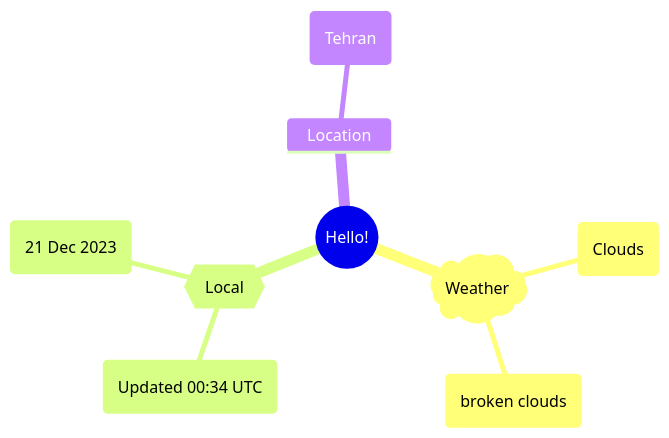
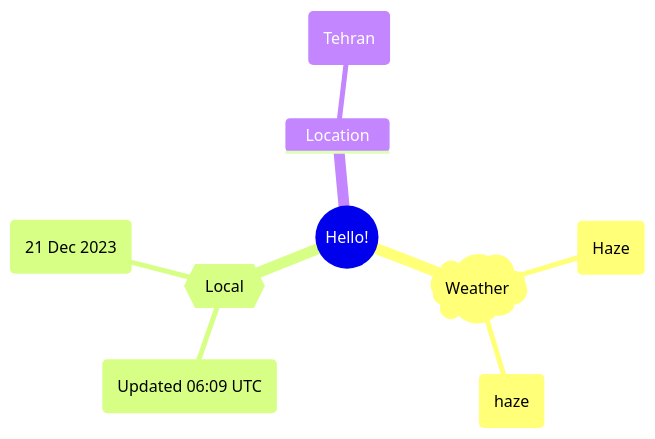
One commit to Xosrov/Xosrov changed the first of 2 diagrams in README.md. Above: the diagram before and after it, drawn with Mermaid.

Commit message:
[bot] updated images

````diff
--- a/README.md
+++ b/README.md
@@ -3,12 +3,12 @@
 ```mermaid
 mindmap
   root((Hello!))
     )Weather(
-        (Clouds)
-        (broken clouds)
+        (Haze)
+        (haze)
     {{Local}}
-        (Updated 00:34 UTC)
+        (Updated 06:09 UTC)
         (21 Dec 2023)
     Location
         (Tehran)
 ```
````
